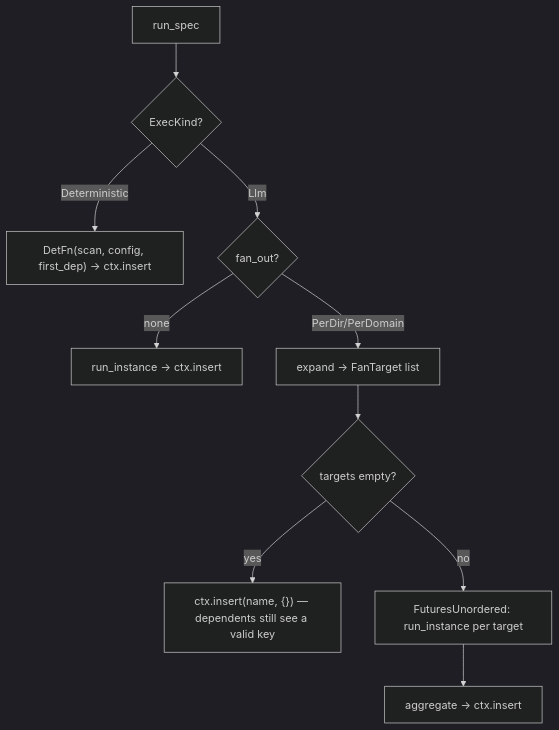
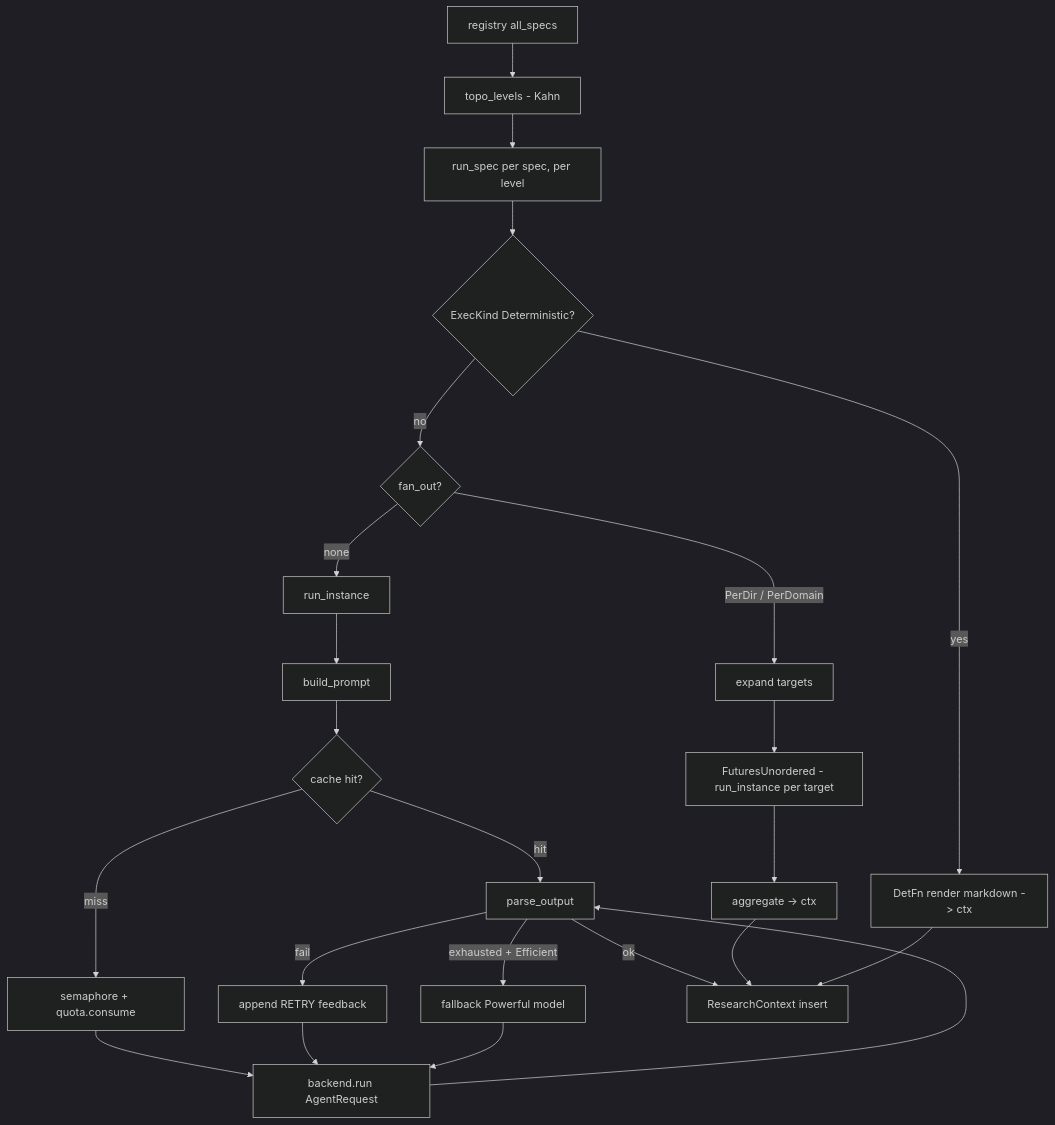
The second of 3 diagrams in docs/vi/4.Deep-Exploration/Agent Orchestration & Analysis.md (tidusvn05/agentwiki), drawn with Mermaid (dark theme) before and after one commit. The commit also changed other lines of this file and 10 other files, not shown here.

````diff
--- a/docs/vi/4.Deep-Exploration/Agent Orchestration & Analysis.md
+++ b/docs/vi/4.Deep-Exploration/Agent Orchestration & Analysis.md
@@ -81,12 +87,25 @@
 ```mermaid
 flowchart TD
-  RS[run_spec] --> DET{ExecKind?}
-  DET -->|Deterministic| DF["DetFn(scan, config, first_dep) → ctx.insert"]
-  DET -->|Llm| FAN{fan_out?}
-  FAN -->|none| RI[run_instance → ctx.insert]
-  FAN -->|PerDir/PerDomain| EXP[expand → FanTarget list]
-  EXP --> EMPTY{targets empty?}
-  EMPTY -->|yes| E0["ctx.insert(name, {}) — dependents still see a valid key"]
-  EMPTY -->|no| FU["FuturesUnordered: run_instance per target"]
-  FU --> AGG[aggregate → ctx.insert]
+    REG[registry all_specs] --> TOPO[topo_levels - Kahn]
+    TOPO --> RS[run_spec per spec, per level]
+    RS --> DET{ExecKind Deterministic?}
+    DET -->|yes| DF[DetFn render markdown -> ctx]
+    DET -->|no| FAN{fan_out?}
+    FAN -->|none| RI[run_instance]
+    FAN -->|PerDir / PerDomain| EXP[expand targets]
+    EXP --> FU[FuturesUnordered - run_instance per target]
+    FU --> AGG[aggregate -> ctx]
+    RI --> BP[build_prompt]
+    BP --> CACHE{cache hit?}
+    CACHE -->|hit| PO[parse_output]
+    CACHE -->|miss| SEM[semaphore + quota.consume]
+    SEM --> BE[backend.run AgentRequest]
+    BE --> PO
+    PO -->|fail| FBK[append RETRY feedback]
+    FBK --> BE
+    PO -->|exhausted + Efficient| FALL[fallback Powerful model]
+    FALL --> BE
+    PO -->|ok| CTX[ResearchContext insert]
+    AGG --> CTX
+    DF --> CTX
 ```
````
